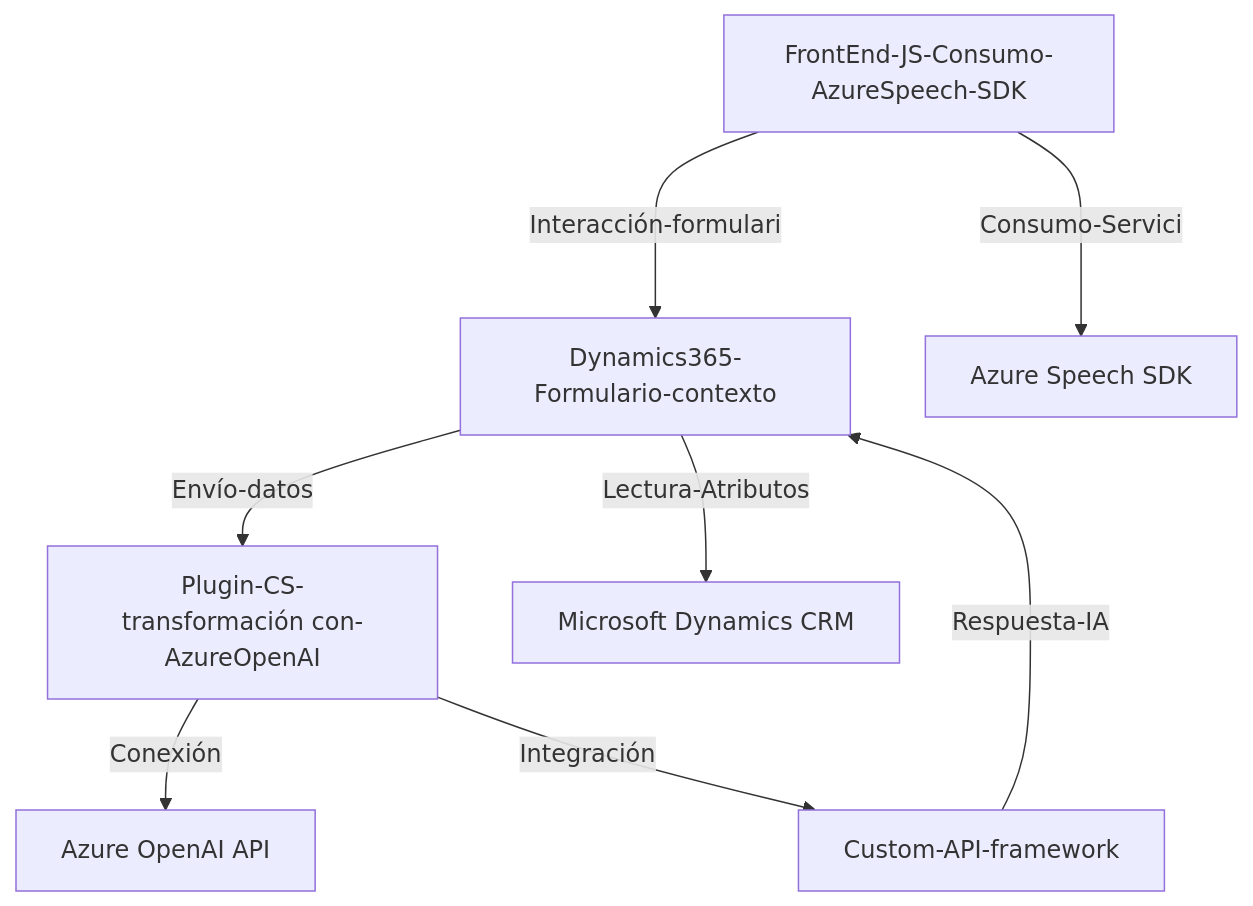
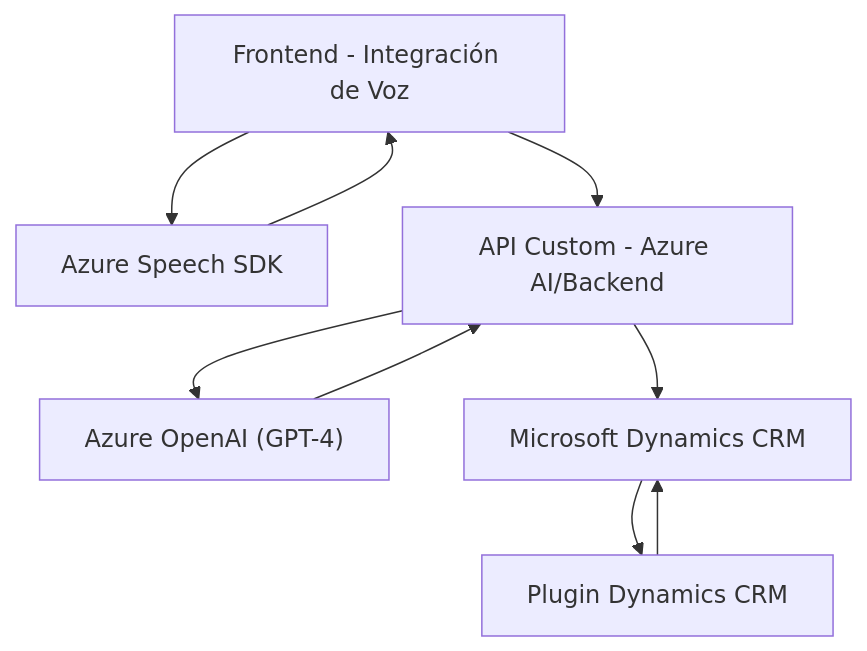
The diagram in README.md (blopezdm/NETCORE_BILBAO2025), drawn with Mermaid before and after one commit. The commit also changed other lines of this file, not shown here.

Commit message:
Actualizar análisis global de la solución con IA

````diff
--- a/README.md
+++ b/README.md
@@ -34,18 +43,18 @@
 ```mermaid
 graph TD
-    A["FrontEnd-JS-Consumo-AzureSpeech-SDK"]
-    B["Dynamics365-Formulario-contexto"]
-    C["Plugin-CS-transformación con-AzureOpenAI"]
-    D["Microsoft Dynamics CRM"]
-    E["Azure Speech SDK"]
-    F["Azure OpenAI API"]
-    G["Custom-API-framework"]
+    A["Frontend - Integración de Voz"]
+    B["Azure Speech SDK"]
+    C["API Custom - Azure AI/Backend"]
+    D["Plugin Dynamics CRM"]
+    E["Azure OpenAI (GPT-4)"]
+    F["Microsoft Dynamics CRM"]
 
-    A --Interacción-formulario--> B
-    A --Consumo-Servicio--> E
-    B --Lectura-Atributos--> D
-    B --Envío-datos--> C
-    C --Conexión--> F
-    C --Integración--> G
-    G --Respuesta-IA--> B
+    A --> B
+    A --> C
+    C --> E
+    C --> F
+    B --> A
+    D --> F
+    F --> D
+    E --> C
 ```
````
